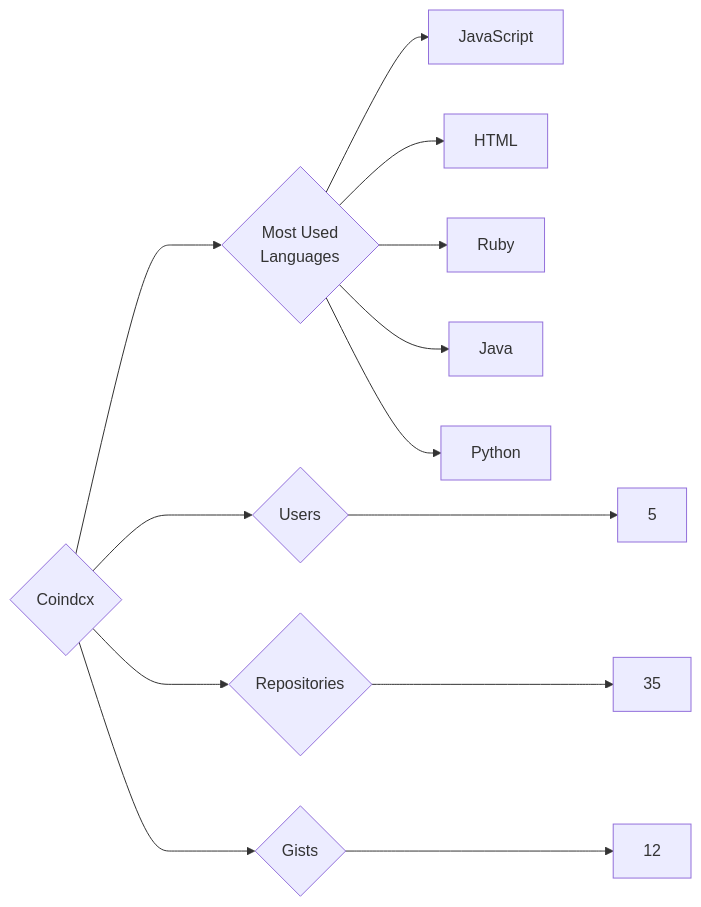
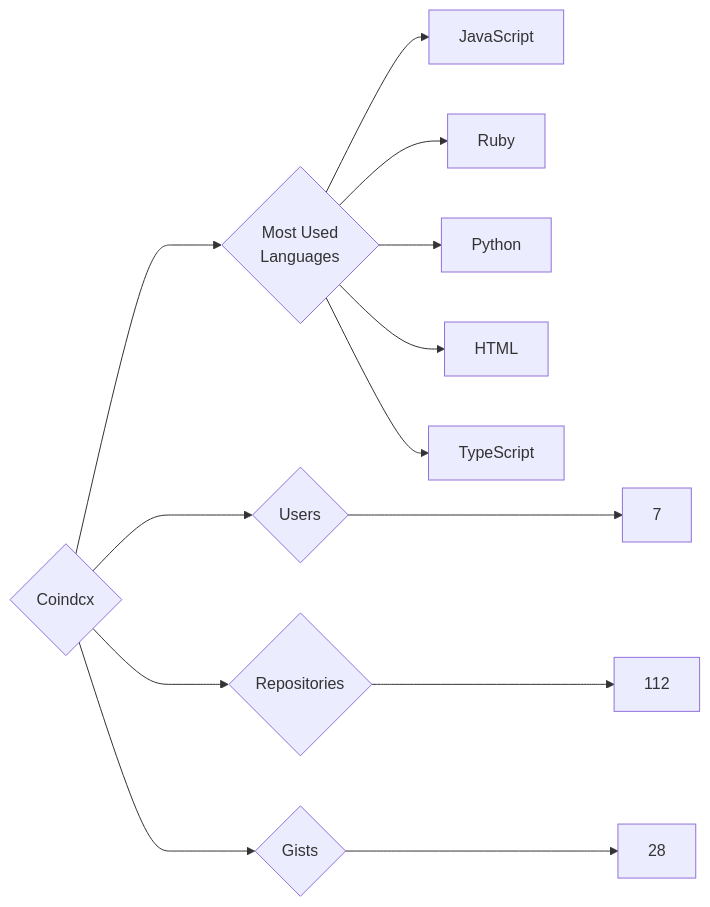
One commit to trickest/insiders changed the diagram in targets/Coindcx/README.md. Above: the diagram before and after it, drawn with Mermaid. The commit also changed 693 other files, not shown here.

````diff
--- a/targets/Coindcx/README.md
+++ b/targets/Coindcx/README.md
@@ -3,13 +3,13 @@
 ```mermaid
 graph LR
 COMPANY_NAME{Coindcx}
-COMPANY_NAME ---> U{Users} ---> UN[5]
-COMPANY_NAME ---> R{Repositories} ---> RN[35]
-COMPANY_NAME ---> G{Gists} ---> GN[12]
+COMPANY_NAME ---> U{Users} ---> UN[7]
+COMPANY_NAME ---> R{Repositories} ---> RN[112]
+COMPANY_NAME ---> G{Gists} ---> GN[28]
 COMPANY_NAME ---> ML{Most Used<br>Languages}
 ML --> JavaScript[JavaScript]
+ML --> Ruby[Ruby]
+ML --> Python[Python]
 ML --> HTML[HTML]
-ML --> Ruby[Ruby]
-ML --> Java[Java]
-ML --> Python[Python]
+ML --> TypeScript[TypeScript]
 ```
````
